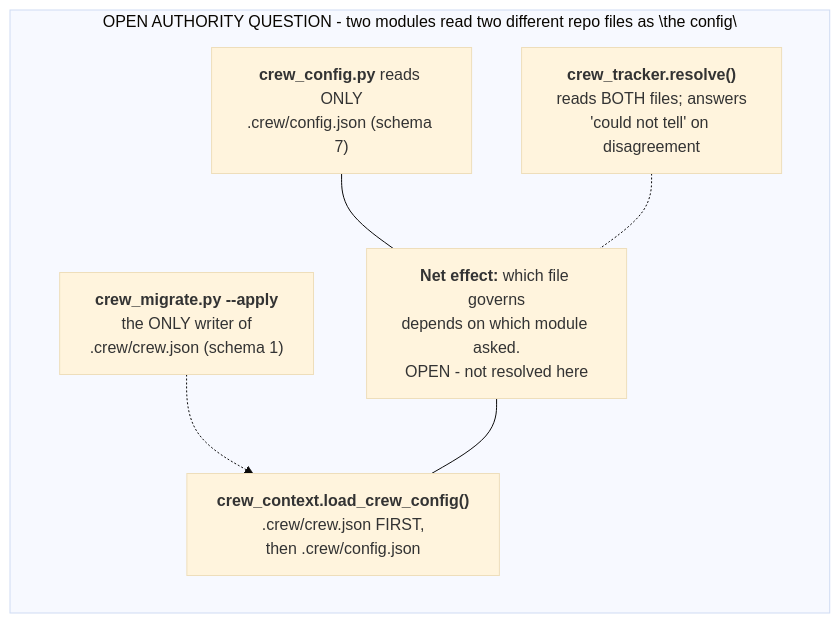
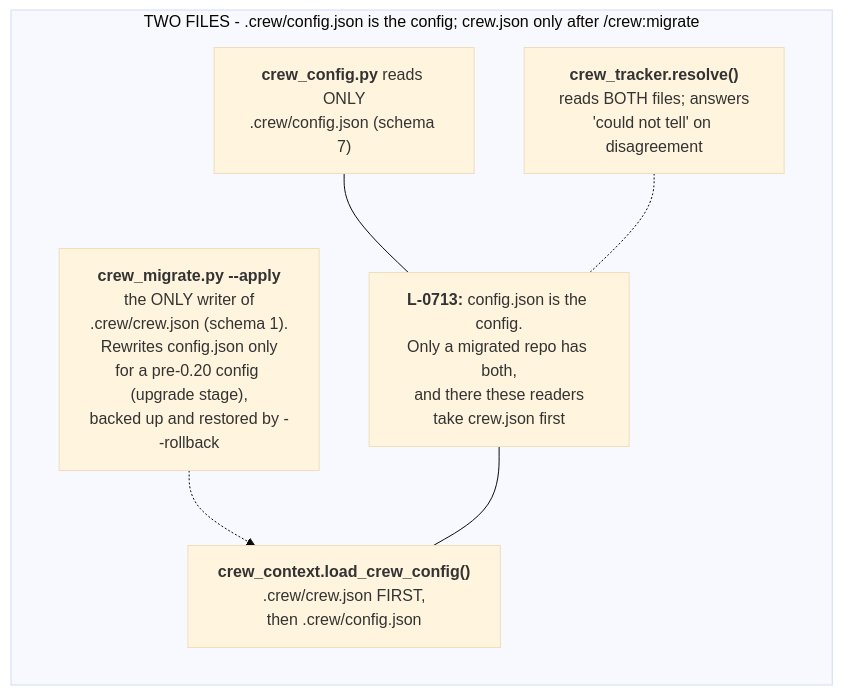
One commit to mbadali25/useful-claude-add-ons changed the ninth of 37 diagrams in docs/diagrams/README.md. Above: the diagram before and after it, drawn with Mermaid (base theme). The commit also changed other lines of this file and 70 other files, not shown here.

````diff
--- a/docs/diagrams/README.md
+++ b/docs/diagrams/README.md
@@ -407,15 +408,15 @@
 ```mermaid
 flowchart TB
 
-    subgraph TwoFiles["OPEN AUTHORITY QUESTION - two modules read two different repo files as \"the config\""]
+    subgraph TwoFiles["TWO FILES - .crew/config.json is the config; crew.json only after /crew:migrate"]
         direction TB
         CFGREAD["<b>crew_config.py</b> reads ONLY<br/>.crew/config.json (schema 7)"]
         CTXREAD["<b>crew_context.load_crew_config()</b><br/>.crew/crew.json FIRST,<br/>then .crew/config.json"]
-        MIGRATE["<b>crew_migrate.py --apply</b><br/>the ONLY writer of<br/>.crew/crew.json (schema 1)"]
-        OPEN["<b>Net effect:</b> which file governs<br/>depends on which module asked.<br/>OPEN - not resolved here"]
+        MIGRATE["<b>crew_migrate.py --apply</b><br/>the ONLY writer of<br/>.crew/crew.json (schema 1).<br/>Rewrites config.json only<br/>for a pre-0.20 config (upgrade stage),<br/>backed up and restored by --rollback"]
+        OPEN["<b>L-0713:</b> config.json is the config.<br/>Only a migrated repo has both,<br/>and there these readers<br/>take crew.json first"]
         TRKREAD["<b>crew_tracker.resolve()</b><br/>reads BOTH files; answers<br/>'could not tell' on disagreement"]
         MIGRATE -.-> CTXREAD
         CFGREAD --- OPEN --- CTXREAD
         TRKREAD -.- OPEN
     end
 ```
````
